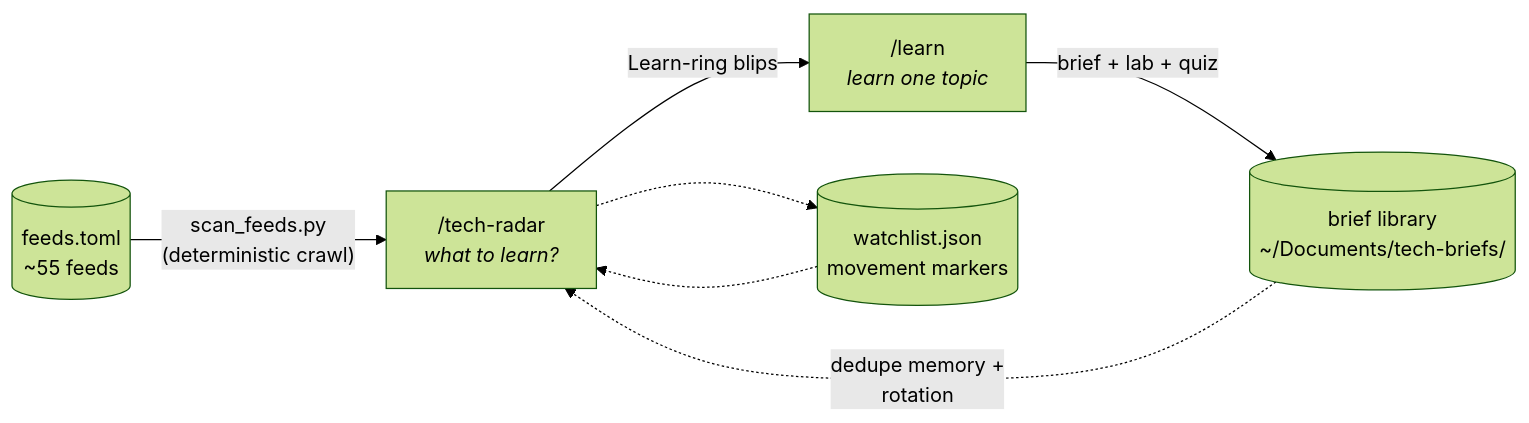
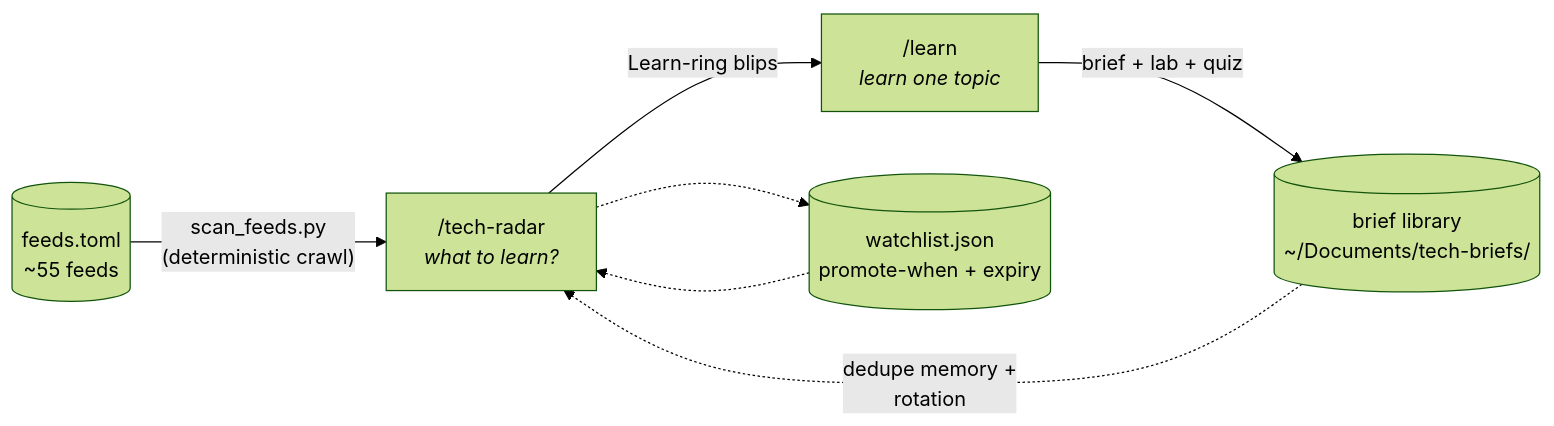
The second of 2 diagrams in README.md (ayberkcansever/ai-skills), drawn with Mermaid (forest theme) before and after one commit. The commit also changed other lines of this file and 3 other files, not shown here.

````diff
--- a/README.md
+++ b/README.md
@@ -168,9 +168,9 @@
 ```mermaid
 flowchart LR
     F[("feeds.toml<br/>~55 feeds")] -->|"scan_feeds.py<br/>(deterministic crawl)"| R["/tech-radar<br/><i>what to learn?</i>"]
     R -->|"Learn-ring blips"| B["/learn<br/><i>learn one topic</i>"]
     B -->|"brief + lab + quiz"| L[("brief library<br/>~/Documents/tech-briefs/")]
     L -.->|"dedupe memory +<br/>rotation"| R
-    W[("watchlist.json<br/>movement markers")] -.-> R
+    W[("watchlist.json<br/>promote-when + expiry")] -.-> R
     R -.-> W
 ```
````
